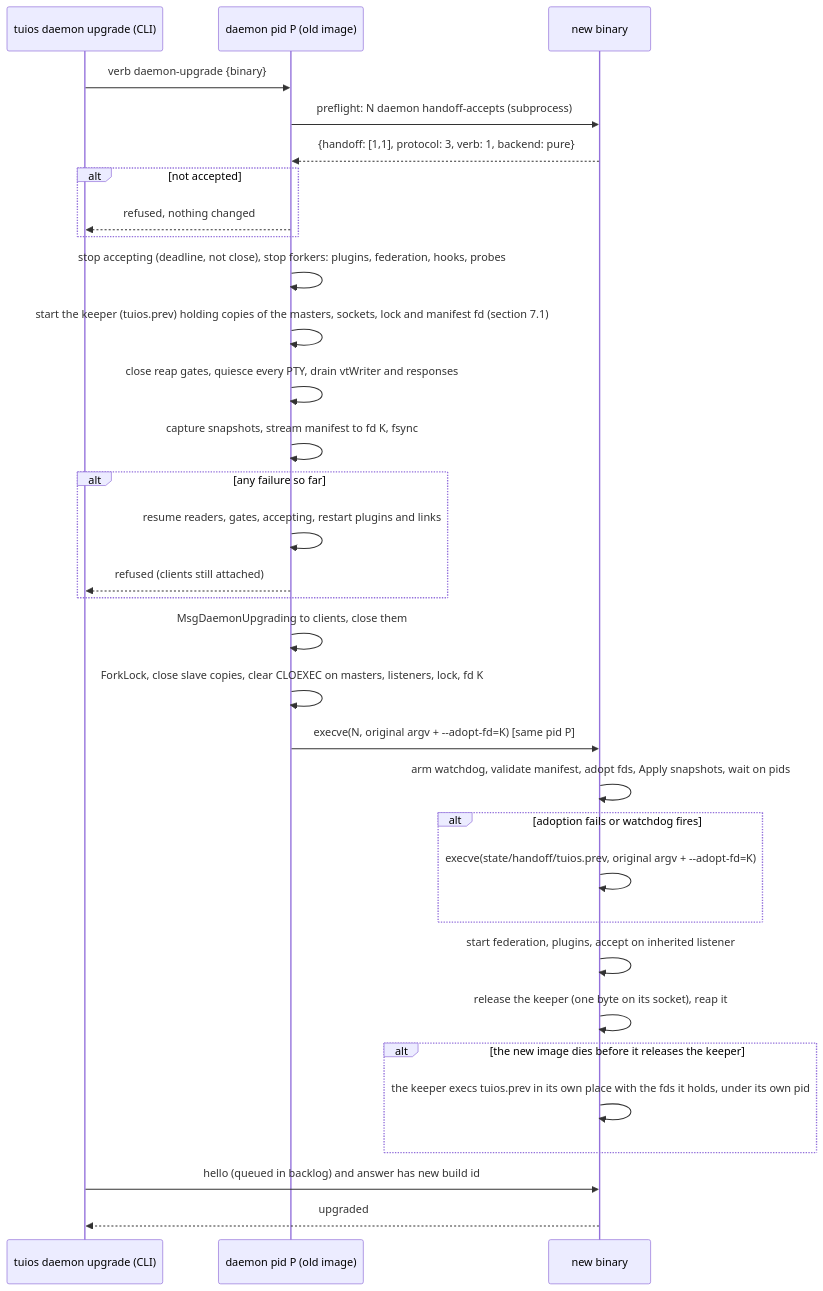
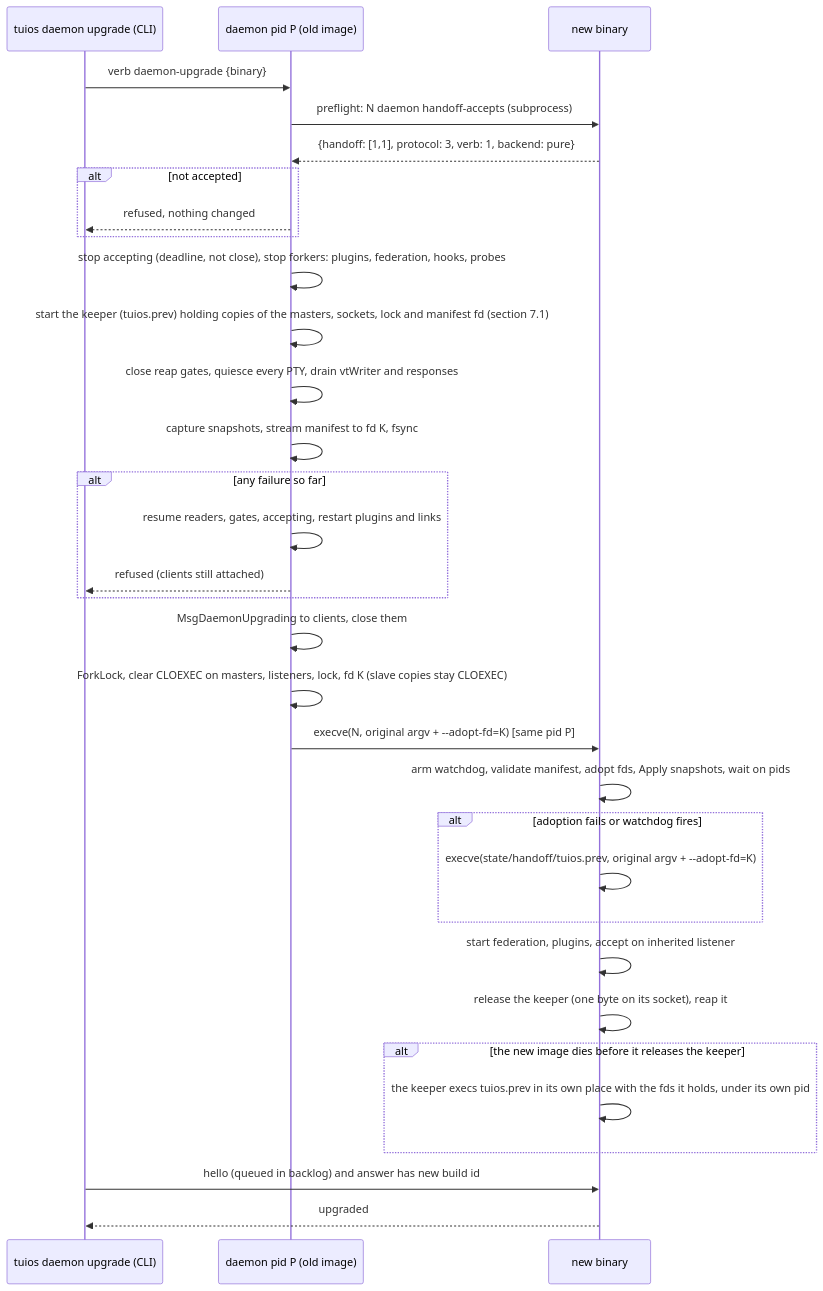
The diagram in docs/design/live-handoff.md (abhijit-s/tuios), drawn with Mermaid before and after one commit. The commit also changed other lines of this file, not shown here.

````diff
--- a/docs/design/live-handoff.md
+++ b/docs/design/live-handoff.md
@@ -317,34 +317,34 @@
 ```mermaid
 sequenceDiagram
     participant U as tuios daemon upgrade (CLI)
     participant D as daemon pid P (old image)
     participant N as new binary
     U->>D: verb daemon-upgrade {binary}
     D->>N: preflight: N daemon handoff-accepts (subprocess)
     N-->>D: {handoff: [1,1], protocol: 3, verb: 1, backend: pure}
     alt not accepted
         D-->>U: refused, nothing changed
     end
     D->>D: stop accepting (deadline, not close), stop forkers: plugins, federation, hooks, probes
     D->>D: start the keeper (tuios.prev) holding copies of the masters, sockets, lock and manifest fd (section 7.1)
     D->>D: close reap gates, quiesce every PTY, drain vtWriter and responses
     D->>D: capture snapshots, stream manifest to fd K, fsync
     alt any failure so far
         D->>D: resume readers, gates, accepting, restart plugins and links
         D-->>U: refused (clients still attached)
     end
     D->>D: MsgDaemonUpgrading to clients, close them
-    D->>D: ForkLock, close slave copies, clear CLOEXEC on masters, listeners, lock, fd K
+    D->>D: ForkLock, clear CLOEXEC on masters, listeners, lock, fd K (slave copies stay CLOEXEC)
     D->>N: execve(N, original argv + --adopt-fd=K)  [same pid P]
     N->>N: arm watchdog, validate manifest, adopt fds, Apply snapshots, wait on pids
     alt adoption fails or watchdog fires
         N->>N: execve(state/handoff/tuios.prev, original argv + --adopt-fd=K)
     end
     N->>N: start federation, plugins, accept on inherited listener
     N->>N: release the keeper (one byte on its socket), reap it
     alt the new image dies before it releases the keeper
         N->>N: the keeper execs tuios.prev in its own place with the fds it holds, under its own pid
     end
     U->>N: hello (queued in backlog) and answer has new build id
     N-->>U: upgraded
 ```
````
